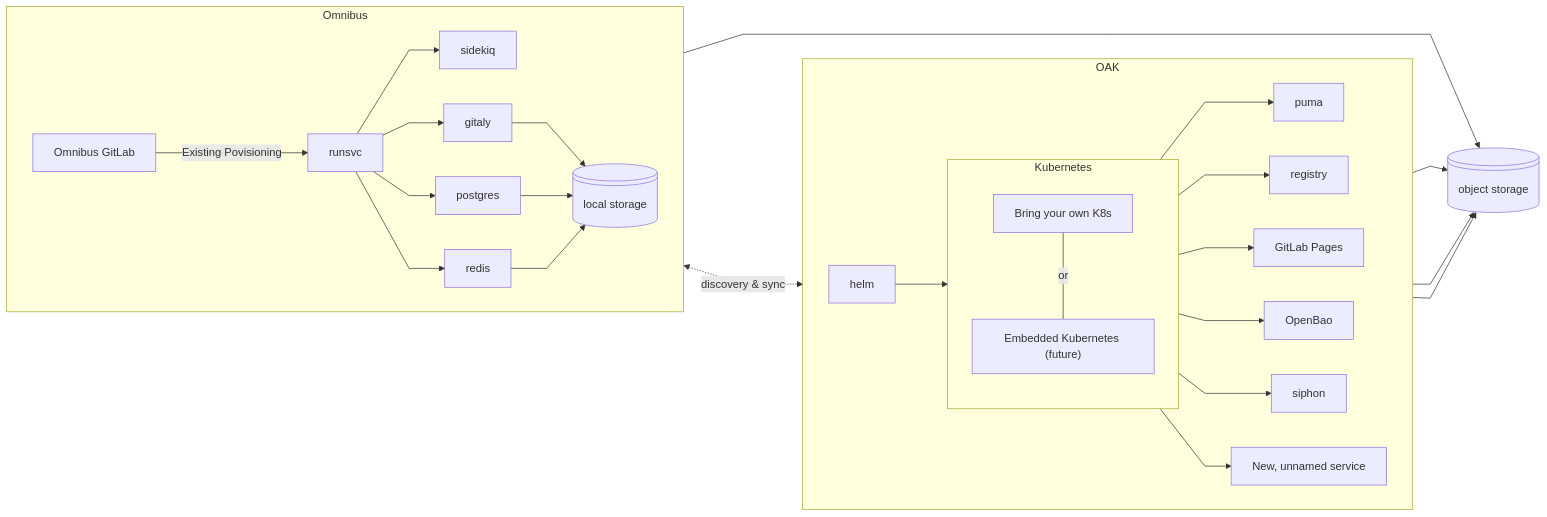
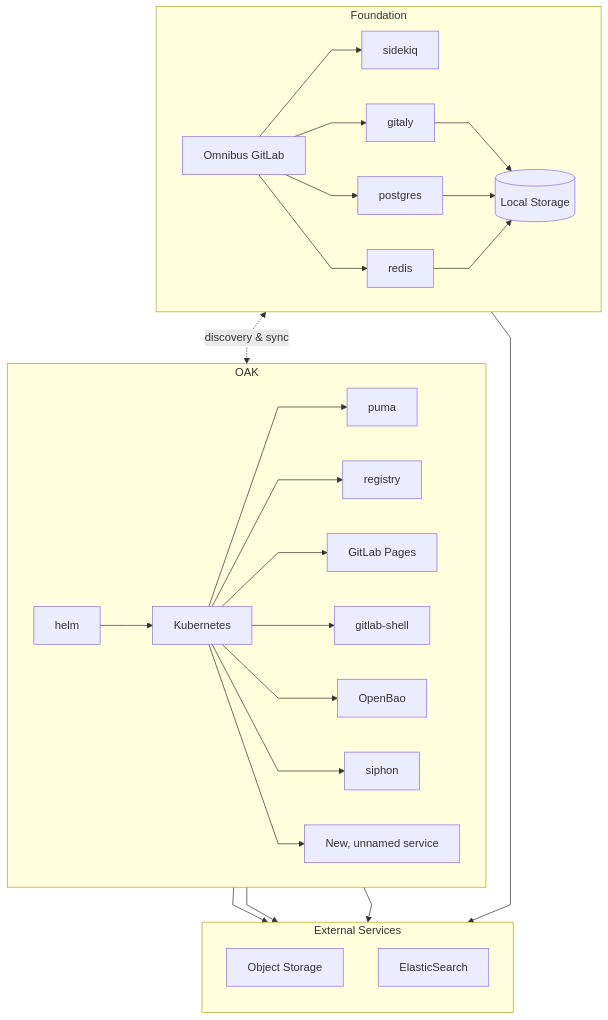
The fourth of 5 diagrams in content/handbook/engineering/architecture/design-documents/selfmanaged_segmentation/_index.md (zalyoung/gitlab-handbook), drawn with Mermaid before and after one commit. The commit also changed other lines of this file, not shown here.

````diff
--- a/content/handbook/engineering/architecture/design-documents/selfmanaged_segmentation/_index.md
+++ b/content/handbook/engineering/architecture/design-documents/selfmanaged_segmentation/_index.md
@@ -228,48 +298,47 @@
 ```mermaid
 %%{ init: { 'flowchart': { 'curve': 'linear' } } }%%
-flowchart LR
+flowchart TB
+
+    subgraph Foundation
+        direction LR
+        obgl[Omnibus GitLab]
+
+        obgl --> sidekiq
+        obgl --> postgres
+        obgl --> redis
+        obgl --> gitaly
+
+        gitaly --> localstore[(Local Storage)]
+        postgres --> localstore
+        redis -->localstore
+    end
 
     subgraph OAK
         direction LR
 
-        subgraph k8s[Kubernetes]
-            direction TB
-            byok["Bring your own K8s"]
-            ek8s["Embedded Kubernetes (future)"]
-
-            byok -- or --- ek8s
-        end
+        k8s[Kubernetes]
 
         k8s --> puma
         k8s --> registry
         k8s --> pages[GitLab Pages]
+        k8s --> gitlab-shell
         k8s --> ob[OpenBao]
         k8s --> siphon
         k8s --> ns["New, unnamed service"]
 
         helm --> k8s
     end
 
-    subgraph Omnibus
-        direction LR
-        obgl[Omnibus GitLab]
-
-        obgl -- "Existing Povisioning" --> runsvc
-
-        runsvc --> sidekiq
-        runsvc --> postgres
-        runsvc --> redis
-        runsvc --> gitaly
-
-        gitaly --> localstore@{ shape: lin-cyl, label: "local storage" }
-        postgres --> localstore
-        redis -->localstore
+    subgraph esvc[External Services]
+        direction TB
+        objstore["Object Storage"]
+        elastic[ElasticSearch]
     end
 
     obgl <-. discovery & sync .-> k8s
 
-    puma --> objstore@{ shape: lin-cyl, label: "object storage" }
-    registry --> objstore
-    pages --> objstore
-    sidekiq --> objstore
+    sidekiq --> esvc
+    puma --> esvc
+    registry --> esvc
+    pages --> esvc
 ```
````
